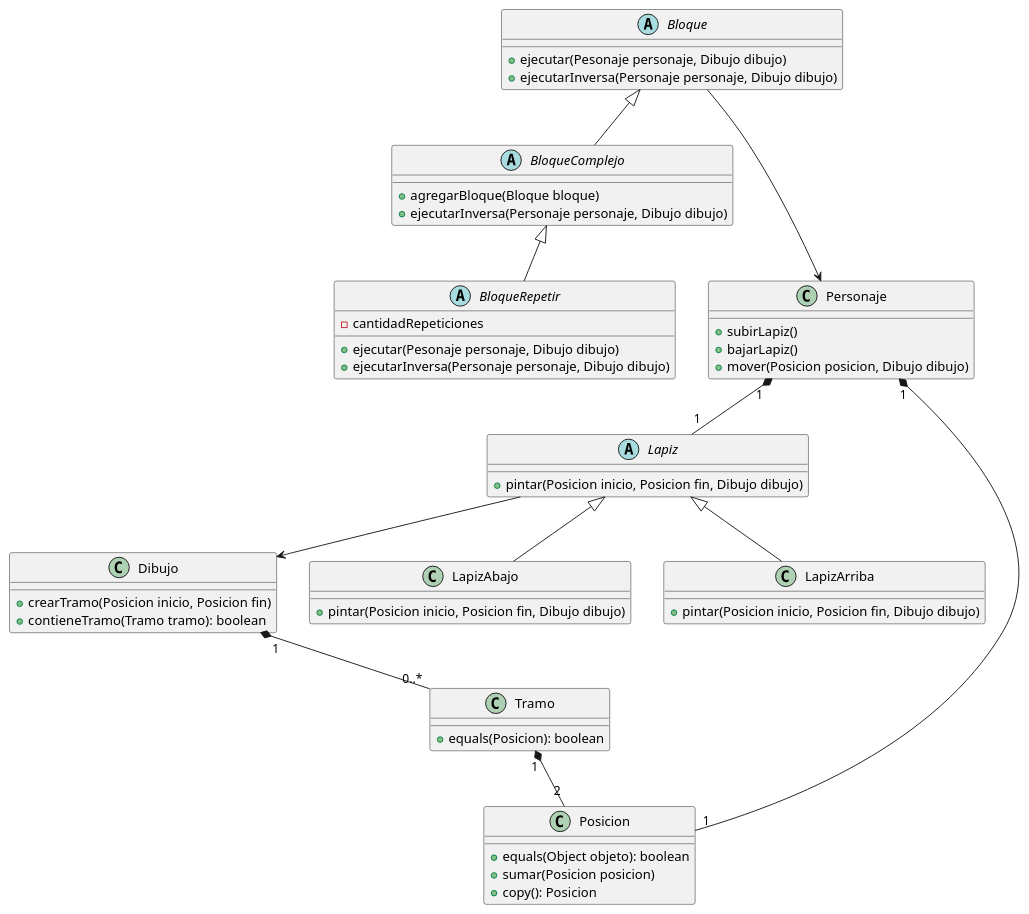
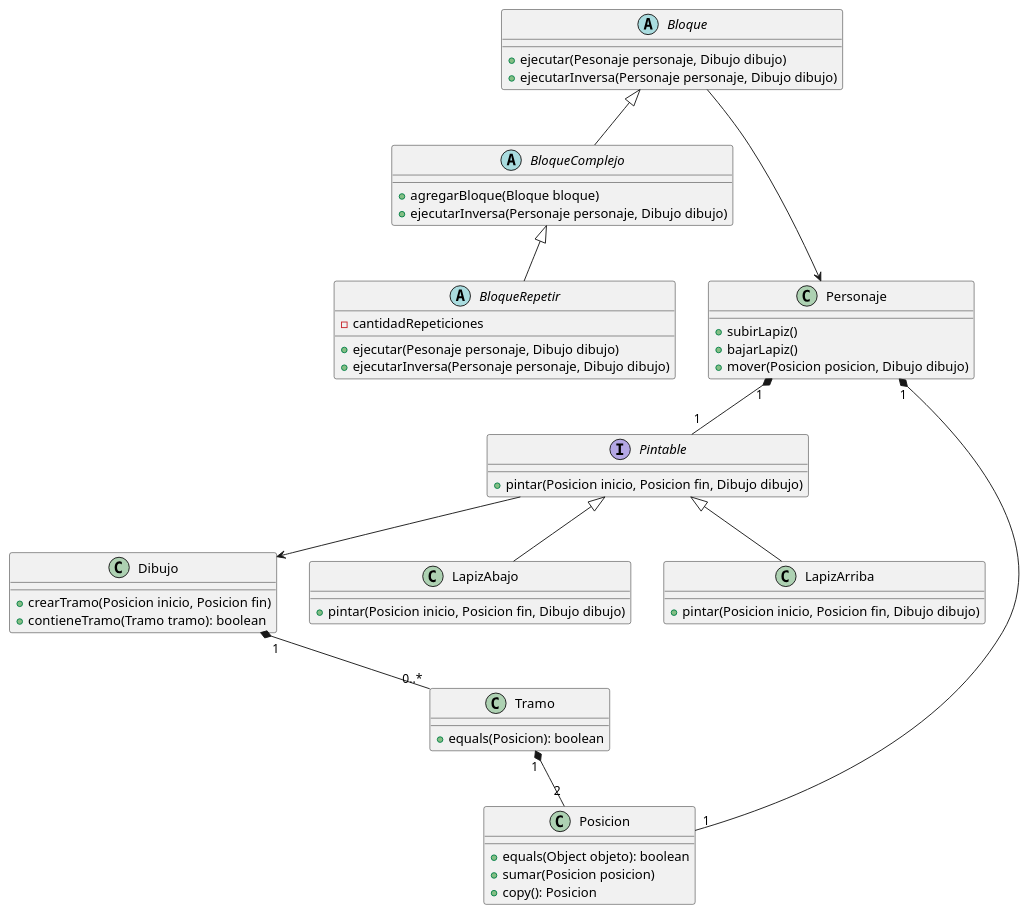
One commit to alopezbizon/T2-ALGO3-TP2 changed the diagram in diagramas/DiagramaDeClases.puml. Above: the diagram before and after it, drawn with PlantUML. The commit also changed 9 other files, not shown here.

Commit message:
Replace Lapiz (abstract class) by Pintable (interface).

```diff
--- a/diagramas/DiagramaDeClases.puml
+++ b/diagramas/DiagramaDeClases.puml
@@ -1,66 +1,66 @@
 @startuml
 
 Abstract Class Bloque{
     +ejecutar(Pesonaje personaje, Dibujo dibujo)
     +ejecutarInversa(Personaje personaje, Dibujo dibujo)
 }
 
 Abstract Class BloqueComplejo{
     +agregarBloque(Bloque bloque)
     +ejecutarInversa(Personaje personaje, Dibujo dibujo)
 }
 
 Abstract Class BloqueRepetir{
     -cantidadRepeticiones
     +ejecutar(Pesonaje personaje, Dibujo dibujo)
     +ejecutarInversa(Personaje personaje, Dibujo dibujo)
 }
 
 Class Personaje{
     +subirLapiz()
     +bajarLapiz()
     +mover(Posicion posicion, Dibujo dibujo)
 }
 
 Class Dibujo{
     +crearTramo(Posicion inicio, Posicion fin)
     +contieneTramo(Tramo tramo): boolean
 }
 
 Class Tramo{
     +equals(Posicion): boolean
 }
 
-Abstract Class Lapiz{
+Interface Pintable{
     +pintar(Posicion inicio, Posicion fin, Dibujo dibujo)
 }
 
 Class LapizAbajo{
     +pintar(Posicion inicio, Posicion fin, Dibujo dibujo)
 }
 
 Class LapizArriba{
     +pintar(Posicion inicio, Posicion fin, Dibujo dibujo)
 }
 
 Class Posicion{
     +equals(Object objeto): boolean
     +sumar(Posicion posicion)
     +copy(): Posicion
 }
 
 Bloque <|-- BloqueComplejo
 BloqueComplejo<|-- BloqueRepetir
 Bloque ---> Personaje
 
-Personaje "1"*--"1" Lapiz
+Personaje "1"*--"1" Pintable
 Personaje "1"*--"1" Posicion
 
 Tramo "1"*--"2" Posicion
 Dibujo "1"*--"0..*"Tramo
 
-Lapiz <|-- LapizAbajo
-Lapiz <|-- LapizArriba
-Lapiz --> Dibujo
+Pintable <|-- LapizAbajo
+Pintable <|-- LapizArriba
+Pintable --> Dibujo
 
 @enduml
```
